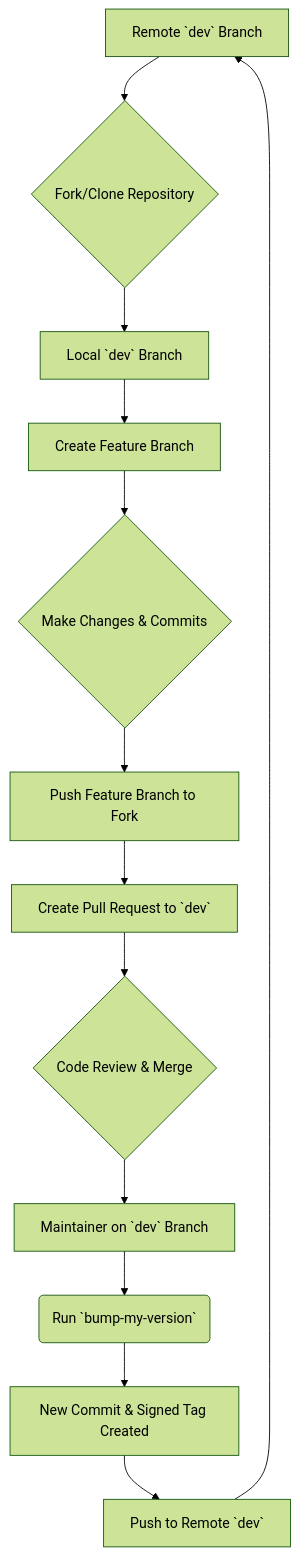
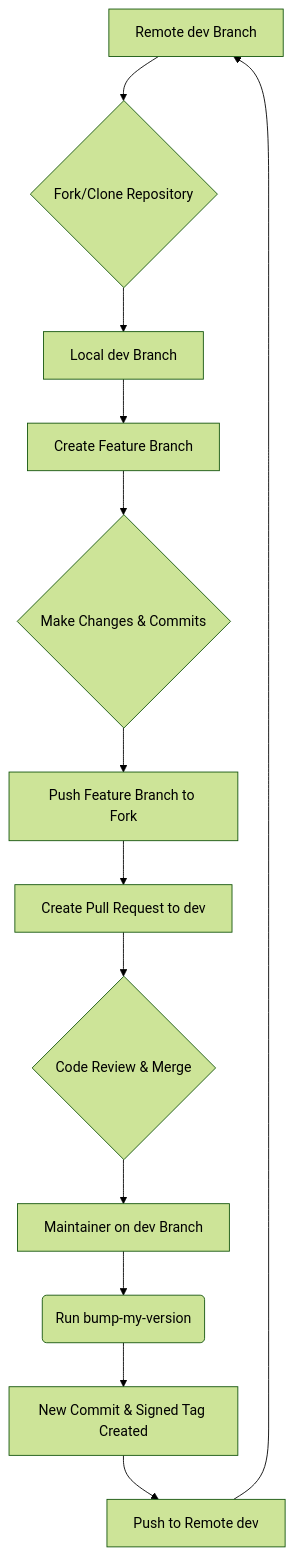
The diagram in CONTRIBUTING.md (zv09/TelegramDialogsMirror), drawn with Mermaid (forest theme) before and after one commit.

Commit message:
docs: fix Mermaid diagram syntax
Correct the syntax in the Mermaid workflow diagram by removing backticks from node labels. This resolves the "Unsupported markdown: codespan in diagram" rendering issue and ensures the diagram displays correctly.

````diff
--- a/CONTRIBUTING.md
+++ b/CONTRIBUTING.md
@@ -291,15 +291,15 @@
 ```mermaid
 graph TD
-    A[Remote `dev` Branch] --> B{Fork/Clone Repository};
-    B --> C[Local `dev` Branch];
+    A[Remote dev Branch] --> B{Fork/Clone Repository};
+    B --> C[Local dev Branch];
     C --> D[Create Feature Branch];
     D --> E{Make Changes & Commits};
     E --> F[Push Feature Branch to Fork];
-    F --> G[Create Pull Request to `dev`];
+    F --> G[Create Pull Request to dev];
     G --> H{Code Review & Merge};
-    H --> I[Maintainer on `dev` Branch];
-    I --> J(Run `bump-my-version`);
+    H --> I[Maintainer on dev Branch];
+    I --> J(Run bump-my-version);
     J --> K[New Commit & Signed Tag Created];
-    K --> L[Push to Remote `dev`];
+    K --> L[Push to Remote dev];
     L --> A;
 ```
````
